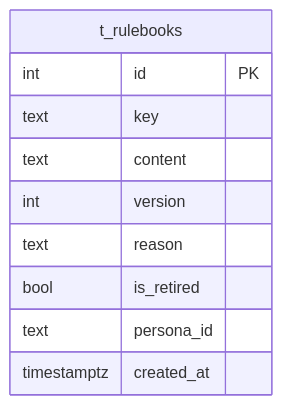
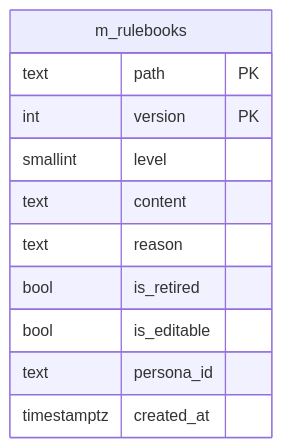
The third of 4 diagrams in docs/04_schema.md (natosepia/lisanima), drawn with Mermaid before and after one commit. The commit also changed other lines of this file and 8 other files, not shown here.

````diff
--- a/docs/04_schema.md
+++ b/docs/04_schema.md
@@ -113,13 +113,14 @@
 ```mermaid
 erDiagram
-    t_rulebooks {
-        int id PK
-        text key
+    m_rulebooks {
+        text path PK
+        int version PK
+        smallint level
         text content
-        int version
         text reason
         bool is_retired
+        bool is_editable
         text persona_id
         timestamptz created_at
     }
 ```
````
